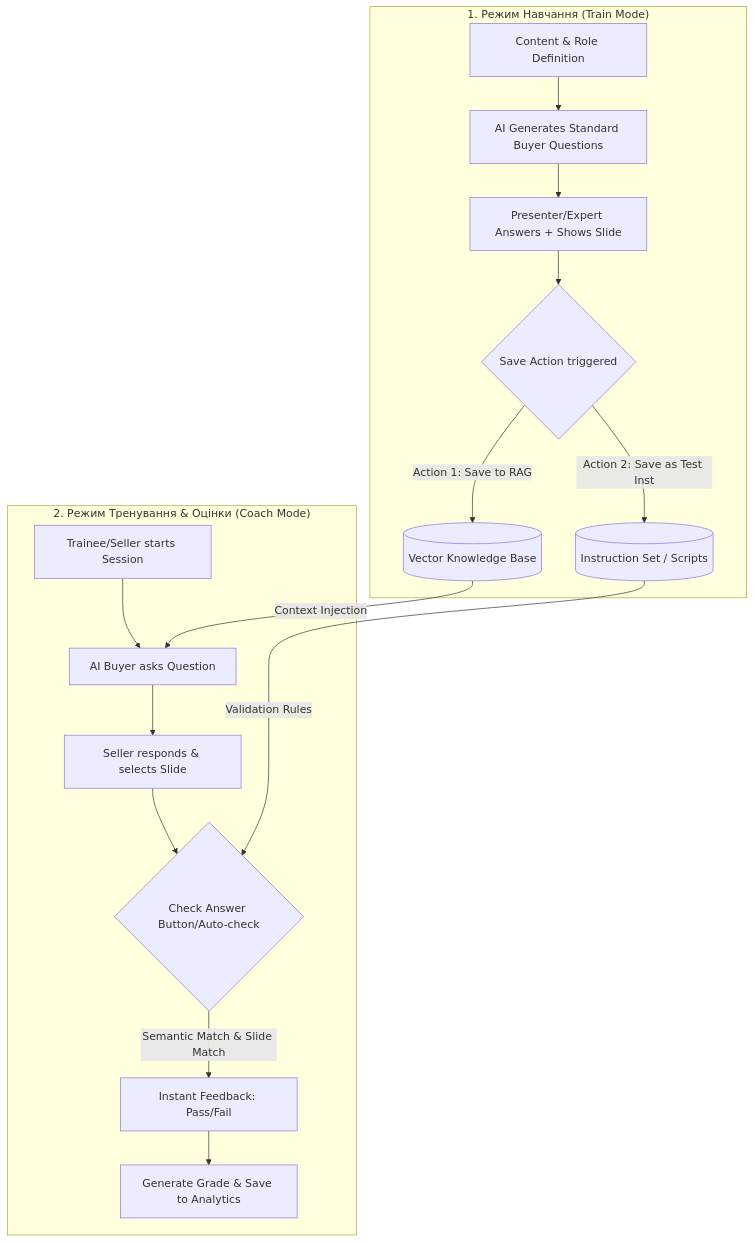
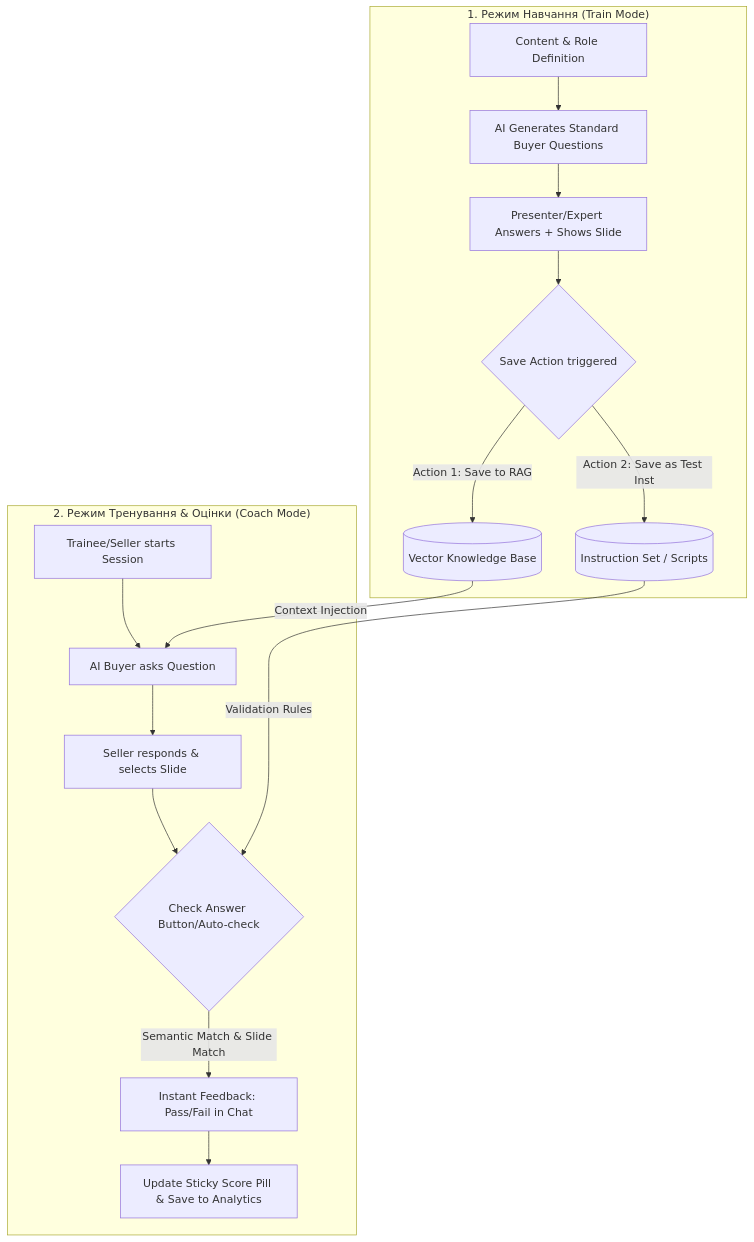
Before and after one commit to yevhens-hue/Pitch-Avatar: the diagram in docs/prd/epic_buyer_avatar_coach.md, drawn with Mermaid. The commit also changed other lines of this file and 34 other files, not shown here.

````diff
--- a/docs/prd/epic_buyer_avatar_coach.md
+++ b/docs/prd/epic_buyer_avatar_coach.md
@@ -32,21 +60,21 @@
 ```mermaid
 flowchart TD
     subgraph TrainMode["1. Режим Навчання (Train Mode)"]
         A[Content & Role Definition] --> B[AI Generates Standard Buyer Questions]
         B --> C[Presenter/Expert Answers + Shows Slide]
         C --> D{Save Action triggered}
         D -->|Action 1: Save to RAG| E[(Vector Knowledge Base)]
         D -->|Action 2: Save as Test Inst| F[(Instruction Set / Scripts)]
     end
 
     subgraph CoachMode["2. Режим Тренування & Оцінки (Coach Mode)"]
         G[Trainee/Seller starts Session] --> H[AI Buyer asks Question]
         H --> I[Seller responds & selects Slide]
         I --> J{Check Answer Button/Auto-check}
-        J -->|Semantic Match & Slide Match| K[Instant Feedback: Pass/Fail]
-        K --> L[Generate Grade & Save to Analytics]
+        J -->|Semantic Match & Slide Match| K[Instant Feedback: Pass/Fail in Chat]
+        K --> L[Update Sticky Score Pill & Save to Analytics]
     end
 
     E -->|Context Injection| H
     F -->|Validation Rules| J
 ```
````
